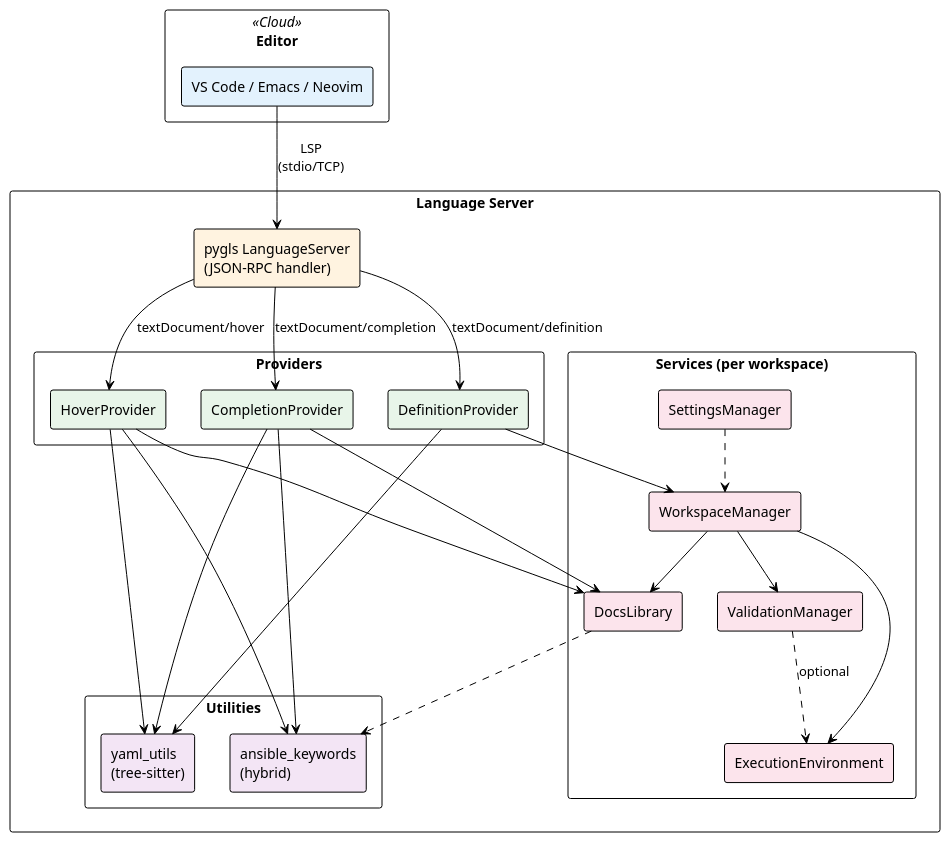
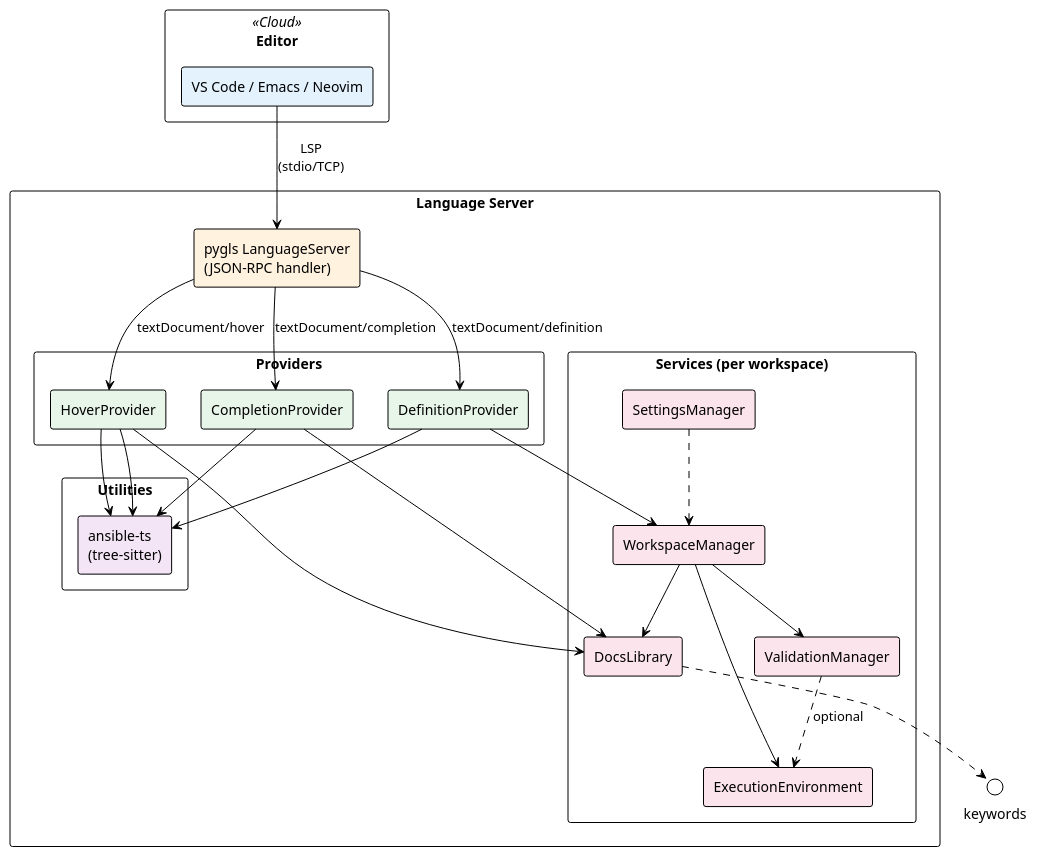
Before and after one commit to Tremolo-Labs/ansible-language-server: the first of 4 diagrams in ansible-language-server.org, drawn with PlantUML. The commit also changed other lines of this file and 5 other files, not shown here.

```diff
--- a/ansible-language-server.org
+++ b/ansible-language-server.org
@@ -23,56 +23,54 @@
 #+begin_src plantuml :file images/architecture.png :exports results
 @startuml
 !theme plain
 skinparam packageStyle rectangle
 skinparam componentStyle rectangle
 
 package "Editor" <<Cloud>> {
   [VS Code / Emacs / Neovim] as client #e3f2fd
 }
 
 package "Language Server" {
   [pygls LanguageServer\n(JSON-RPC handler)] as pygls #fff3e0
 
   package "Providers" {
     [HoverProvider] as hover #e8f5e9
     [CompletionProvider] as completion #e8f5e9
     [DefinitionProvider] as definition #e8f5e9
   }
 
   package "Services (per workspace)" {
     [SettingsManager] as settings #fce4ec
     [WorkspaceManager] as workspace #fce4ec
     [DocsLibrary] as docs #fce4ec
     [ValidationManager] as validation #fce4ec
     [ExecutionEnvironment] as execenv #fce4ec
   }
 
   package "Utilities" {
-    [yaml_utils\n(tree-sitter)] as yaml #f3e5f5
-    [ansible_keywords\n(hybrid)] as keywords #f3e5f5
+    [ansible-ts\n(tree-sitter)] as ansible_ts #f3e5f5
   }
 }
 
 client -down-> pygls : LSP\n(stdio/TCP)
 pygls -down-> hover : textDocument/hover
 pygls -down-> completion : textDocument/completion
 pygls -down-> definition : textDocument/definition
 
 hover -down-> docs
-hover -down-> yaml
-hover -down-> keywords
+hover -down-> ansible_ts
+hover -down-> ansible_ts
 completion -down-> docs
-completion -down-> yaml
-completion -down-> keywords
-definition -down-> yaml
+completion -down-> ansible_ts
+definition -down-> ansible_ts
 definition -down-> workspace
 
 settings .down.> workspace
 workspace -down-> docs
 workspace -down-> validation
 workspace -down-> execenv
 
 docs ..> keywords
 validation ..> execenv : optional
 @enduml
 #+end_src
```
